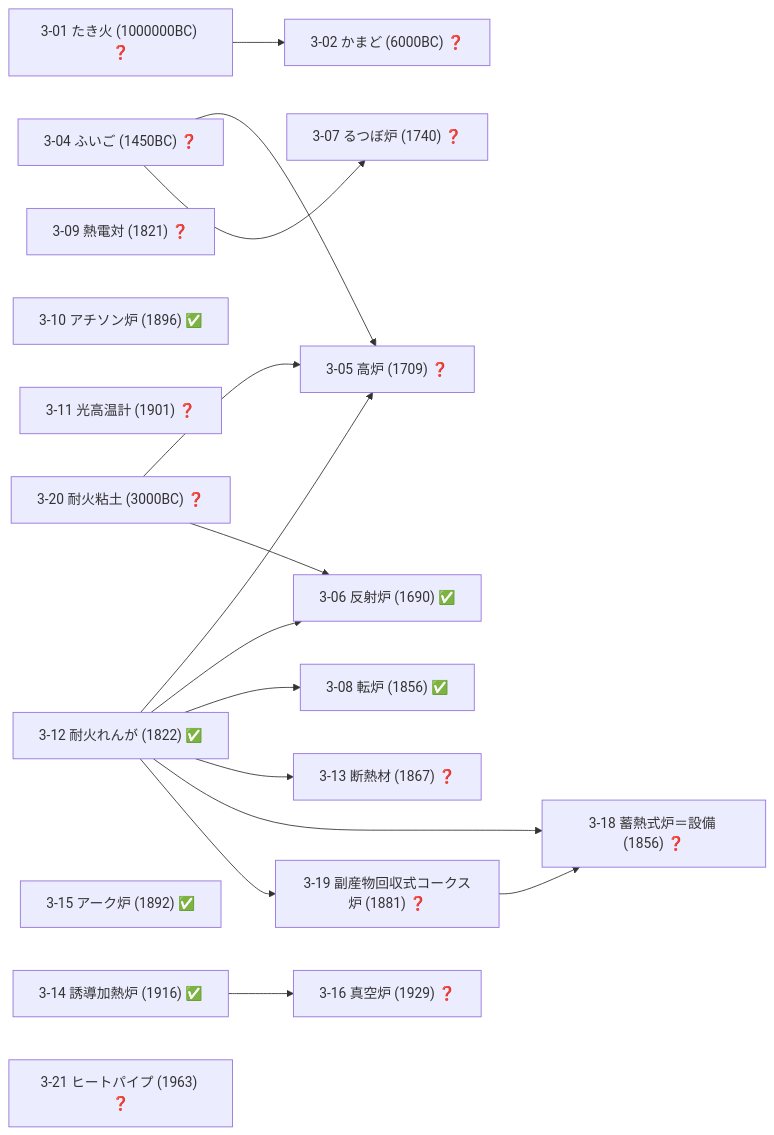
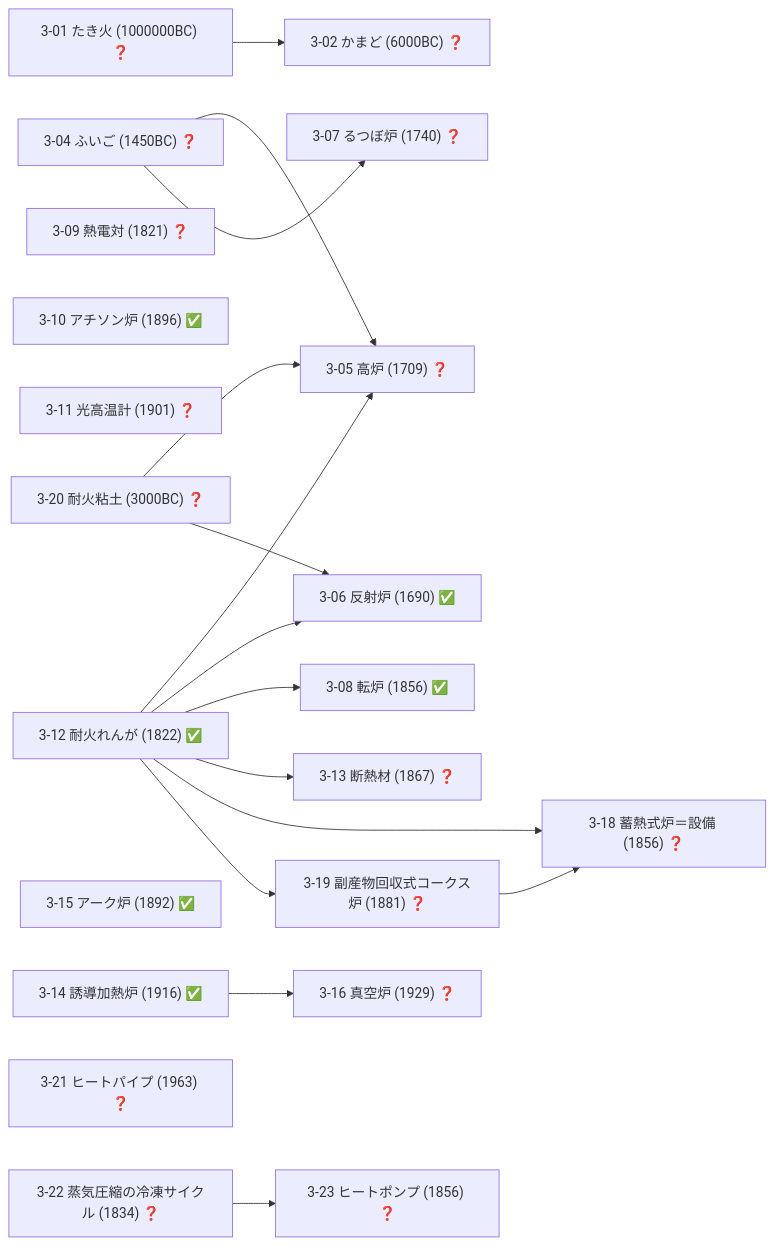
The sixth of 19 diagrams in docs/TECH_TREE_VIEW.md (taku3i0317-collab/semiconductor-lab), drawn with Mermaid before and after one commit. The commit also changed other lines of this file and 13 other files, not shown here.

````diff
--- a/docs/TECH_TREE_VIEW.md
+++ b/docs/TECH_TREE_VIEW.md
@@ -322,35 +322,38 @@
 ```mermaid
 graph LR
   n3_01["3-01 たき火 (1000000BC) ❓"]
   n3_02["3-02 かまど (6000BC) ❓"]
   n3_04["3-04 ふいご (1450BC) ❓"]
   n3_05["3-05 高炉 (1709) ❓"]
   n3_06["3-06 反射炉 (1690) ✅"]
   n3_07["3-07 るつぼ炉 (1740) ❓"]
   n3_08["3-08 転炉 (1856) ✅"]
   n3_09["3-09 熱電対 (1821) ❓"]
   n3_10["3-10 アチソン炉 (1896) ✅"]
   n3_11["3-11 光高温計 (1901) ❓"]
   n3_12["3-12 耐火れんが (1822) ✅"]
   n3_13["3-13 断熱材 (1867) ❓"]
   n3_14["3-14 誘導加熱炉 (1916) ✅"]
   n3_15["3-15 アーク炉 (1892) ✅"]
   n3_16["3-16 真空炉 (1929) ❓"]
   n3_18["3-18 蓄熱式炉＝設備 (1856) ❓"]
   n3_19["3-19 副産物回収式コークス炉 (1881) ❓"]
   n3_20["3-20 耐火粘土 (3000BC) ❓"]
   n3_21["3-21 ヒートパイプ (1963) ❓"]
+  n3_22["3-22 蒸気圧縮の冷凍サイクル (1834) ❓"]
+  n3_23["3-23 ヒートポンプ (1856) ❓"]
   n3_01-->n3_02
   n3_04-->n3_05
   n3_12-->n3_05
   n3_20-->n3_05
   n3_12-->n3_06
   n3_20-->n3_06
   n3_04-->n3_07
   n3_12-->n3_08
   n3_12-->n3_13
   n3_14-->n3_16
   n3_12-->n3_18
   n3_19-->n3_18
   n3_12-->n3_19
+  n3_22-->n3_23
 ```
````
